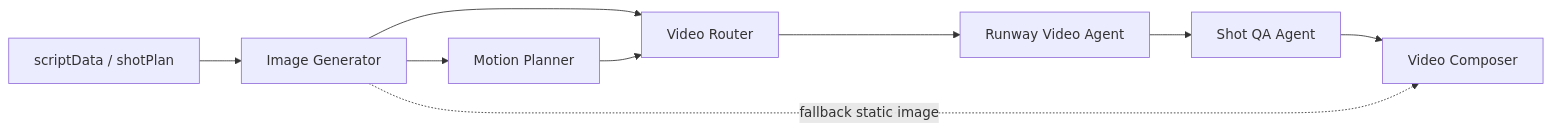
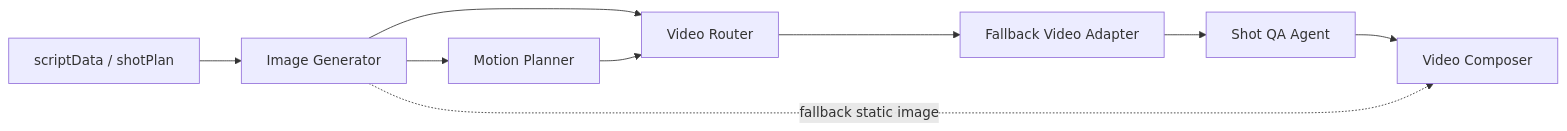
The first of 3 diagrams in docs/superpowers/specs/2026-04-04-dynamic-shortdrama-phase1-design.md (OliverPanda/AI-video-factory-pro), drawn with Mermaid before and after one commit. The commit also changed other lines of this file and 205 other files, not shown here.

````diff
--- a/docs/superpowers/specs/2026-04-04-dynamic-shortdrama-phase1-design.md
+++ b/docs/superpowers/specs/2026-04-04-dynamic-shortdrama-phase1-design.md
@@ -52,11 +52,11 @@
 ```mermaid
 flowchart LR
     A[scriptData / shotPlan] --> B[Image Generator]
     B --> C[Motion Planner]
     B --> D[Video Router]
     C --> D
-    D --> E[Runway Video Agent]
+    D --> E[Fallback Video Adapter]
     E --> F[Shot QA Agent]
     F --> G[Video Composer]
     B -. fallback static image .-> G
 ```
````
